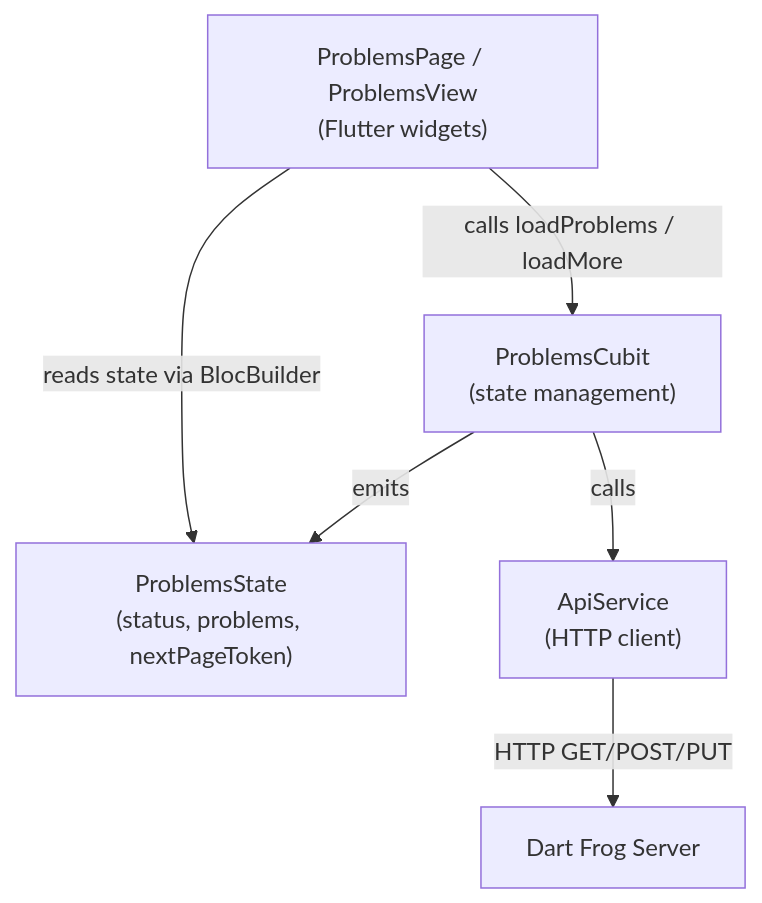
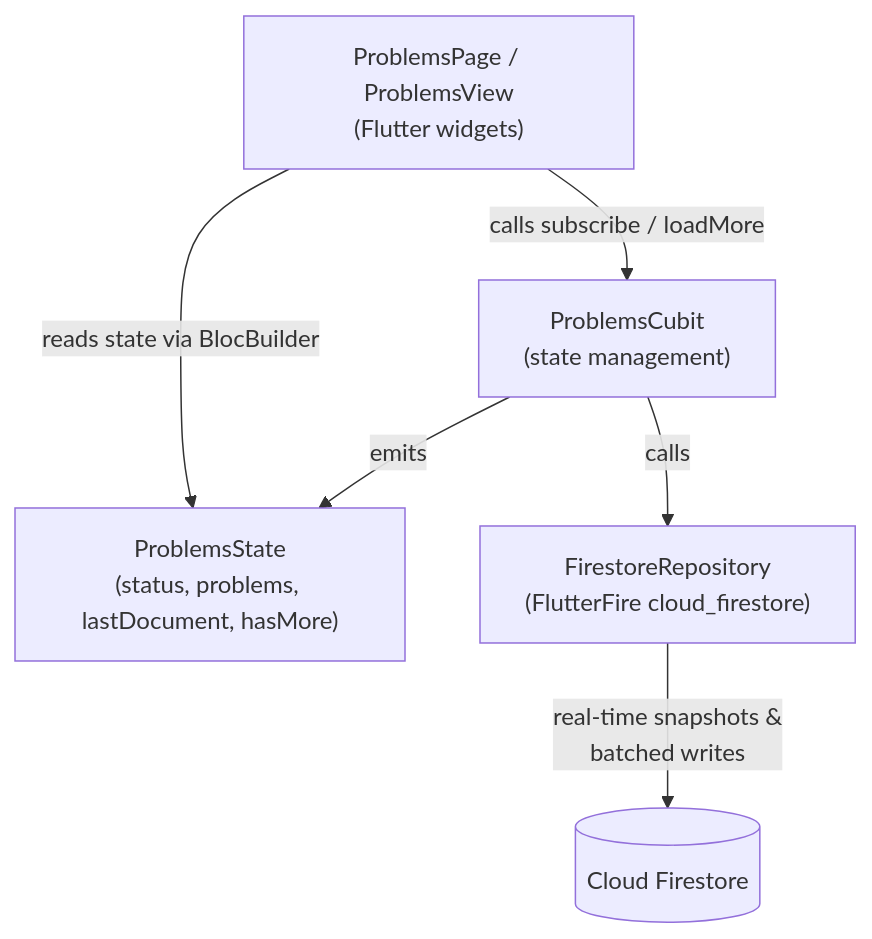
The sixth of 9 diagrams in ARCHITECTURE.md (adsouza/votasq), drawn with Mermaid before and after one commit. The commit also changed other lines of this file and 14 other files, not shown here.

````diff
--- a/ARCHITECTURE.md
+++ b/ARCHITECTURE.md
@@ -158,14 +181,14 @@
 ```mermaid
 graph TD
     UI["ProblemsPage / ProblemsView<br/>(Flutter widgets)"]
     Cubit["ProblemsCubit<br/>(state management)"]
-    State["ProblemsState<br/>(status, problems, nextPageToken)"]
-    API["ApiService<br/>(HTTP client)"]
-    Server["Dart Frog Server"]
+    State["ProblemsState<br/>(status, problems, lastDocument, hasMore)"]
+    Repo["FirestoreRepository<br/>(FlutterFire cloud_firestore)"]
+    Firestore[(Cloud Firestore)]
 
     UI -->|"reads state via BlocBuilder"| State
-    UI -->|"calls loadProblems / loadMore"| Cubit
+    UI -->|"calls subscribe / loadMore"| Cubit
     Cubit -->|"emits"| State
-    Cubit -->|"calls"| API
-    API -->|"HTTP GET/POST/PUT"| Server
+    Cubit -->|"calls"| Repo
+    Repo -->|"real-time snapshots &<br/>batched writes"| Firestore
 ```
````
